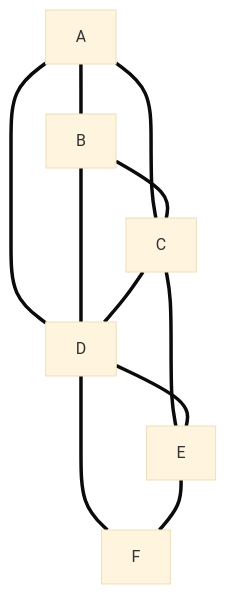
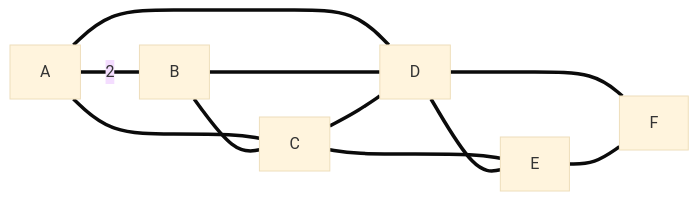
The diagram in README.md (LuboDimitrov/Dijsktra-SPT), drawn with Mermaid (base theme) before and after one commit.

````diff
--- a/README.md
+++ b/README.md
@@ -10,13 +10,13 @@
 ```mermaid
-graph TD;
-    A===B;
+graph LR;
+    A===|2|B;
     A===C;
     A===D;
     B===D;
     B===C;
     C===D;
     C===E;
     D===E;
     D===F;
     E===F;
 ```
````
